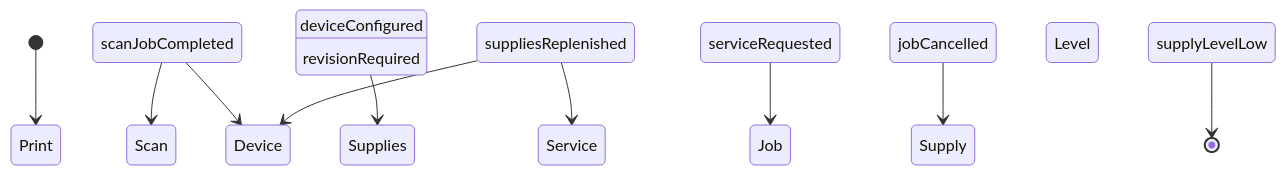
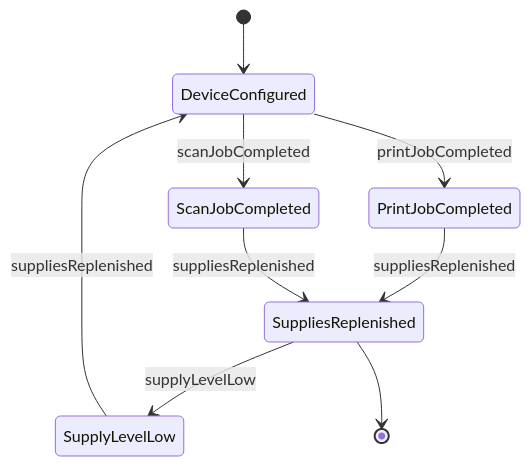
One commit to dot-org-ai/tasks.org.ai changed the second of 4 diagrams in ControllingMachinesAndProcesses/OperateOfficeEquipment/OperateOfficeEquipment.mdx. Above: the diagram before and after it, drawn with Mermaid. The commit also changed other lines of this file and 515 other files, not shown here.

````diff
--- a/ControllingMachinesAndProcesses/OperateOfficeEquipment/OperateOfficeEquipment.mdx
+++ b/ControllingMachinesAndProcesses/OperateOfficeEquipment/OperateOfficeEquipment.mdx
@@ -98,12 +98,11 @@
 ```mermaid
 stateDiagram-v2
-    [*] --> Print Job Completed
-    Print Job Completed --> Scan Job Completed : scanJobCompleted
-    Scan Job Completed --> Device Configured : deviceConfigured
-    Device Configured --> Supplies Replenished : suppliesReplenished
-    Supplies Replenished --> Service Requested : serviceRequested
-    Service Requested --> Job Cancelled : jobCancelled
-    Job Cancelled --> Supply Level Low : supplyLevelLow
-    Supplies Replenished --> Device Configured : revisionRequired
-    Supply Level Low --> [*]
+    [*] --> DeviceConfigured
+    DeviceConfigured --> PrintJobCompleted : printJobCompleted
+    DeviceConfigured --> ScanJobCompleted : scanJobCompleted
+    PrintJobCompleted --> SuppliesReplenished : suppliesReplenished
+    ScanJobCompleted --> SuppliesReplenished : suppliesReplenished
+    SuppliesReplenished --> SupplyLevelLow : supplyLevelLow
+    SupplyLevelLow --> DeviceConfigured : suppliesReplenished
+    SuppliesReplenished --> [*]
 ```
````
